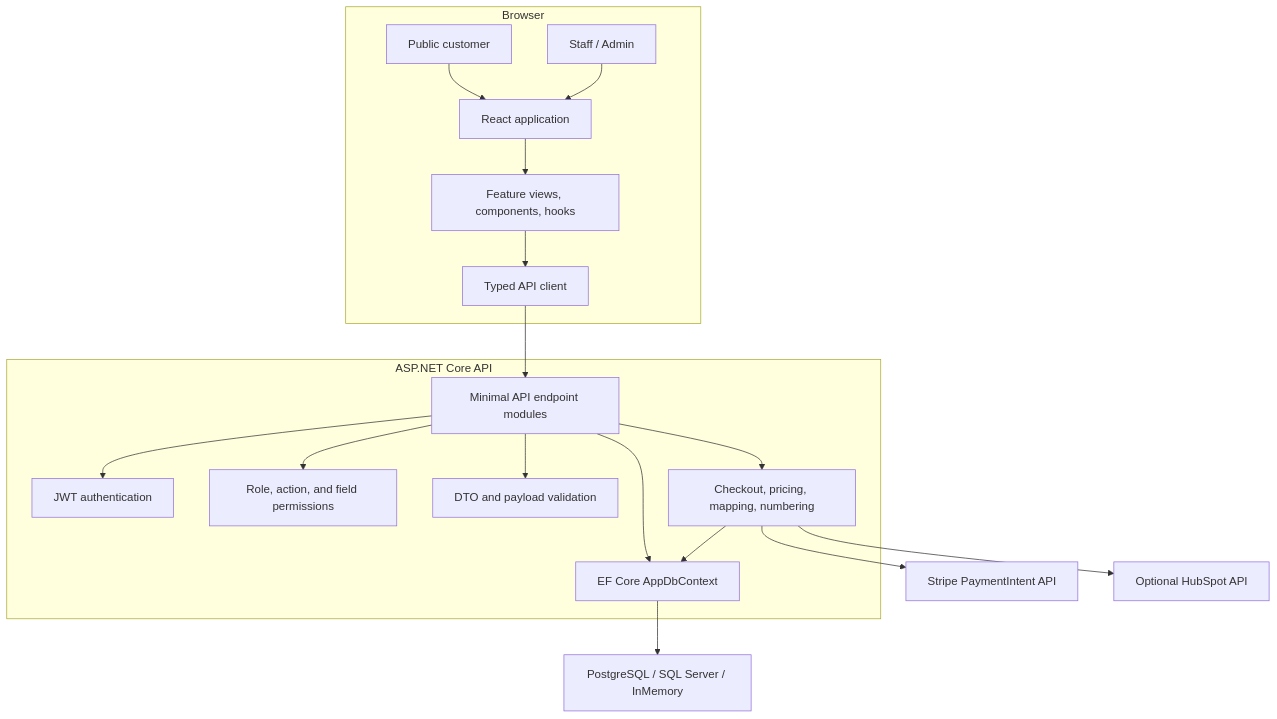
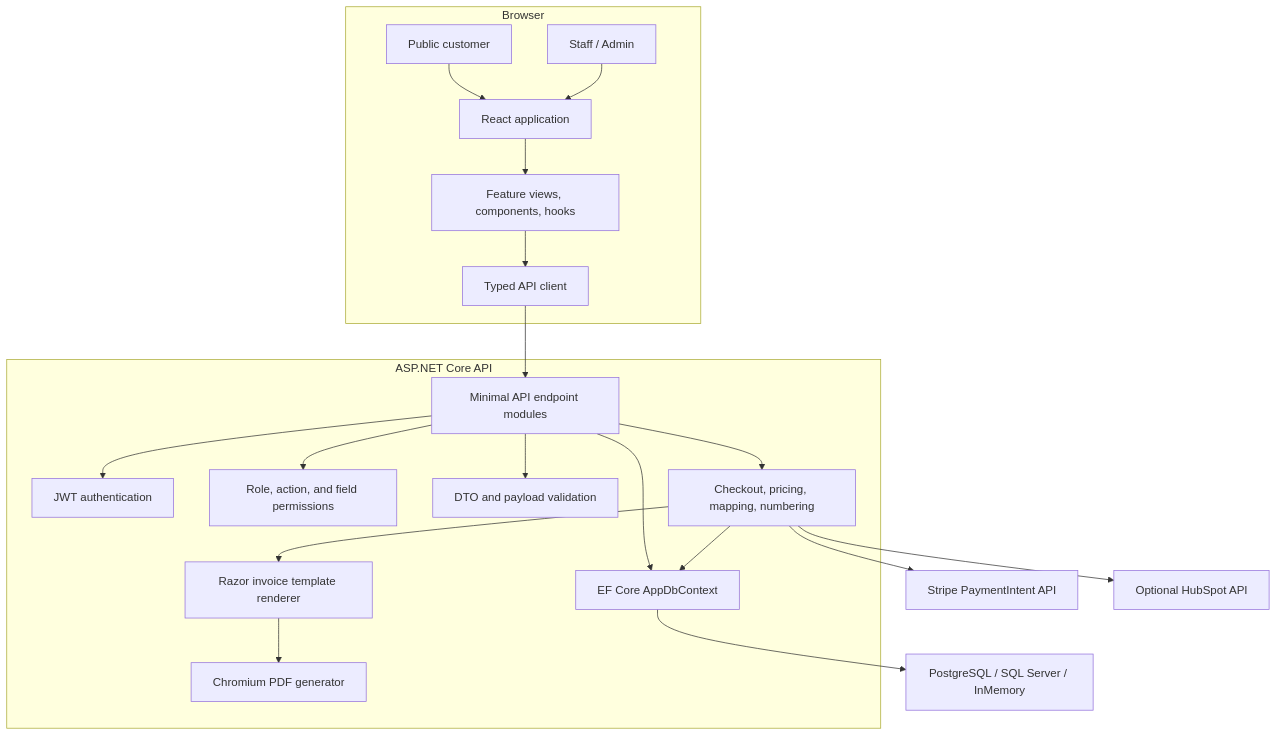
The first of 6 diagrams in docs/architecture.md (pancakebaker/dotnet-react-ecommerce-demo), drawn with Mermaid before and after one commit. The commit also changed other lines of this file and 29 other files, not shown here.

Commit message:
Add Razor-based invoice PDF templating

````diff
--- a/docs/architecture.md
+++ b/docs/architecture.md
@@ -7,34 +7,38 @@
 ```mermaid
 flowchart TB
   subgraph Browser["Browser"]
     Customer["Public customer"]
     Operator["Staff / Admin"]
     React["React application"]
     Features["Feature views, components, hooks"]
     ApiClient["Typed API client"]
     Customer --> React
     Operator --> React
     React --> Features
     Features --> ApiClient
   end
 
   subgraph Backend["ASP.NET Core API"]
     Endpoints["Minimal API endpoint modules"]
     Auth["JWT authentication"]
     Permissions["Role, action, and field permissions"]
     Validation["DTO and payload validation"]
     Services["Checkout, pricing, mapping, numbering"]
+    InvoiceRenderer["Razor invoice template renderer"]
+    PdfGenerator["Chromium PDF generator"]
     Data["EF Core AppDbContext"]
     ApiClient --> Endpoints
     Endpoints --> Auth
     Endpoints --> Permissions
     Endpoints --> Validation
     Endpoints --> Services
+    Services --> InvoiceRenderer
+    InvoiceRenderer --> PdfGenerator
     Endpoints --> Data
     Services --> Data
   end
 
   Data --> Database["PostgreSQL / SQL Server / InMemory"]
   Services --> Stripe["Stripe PaymentIntent API"]
   Services --> HubSpot["Optional HubSpot API"]
 ```
````
